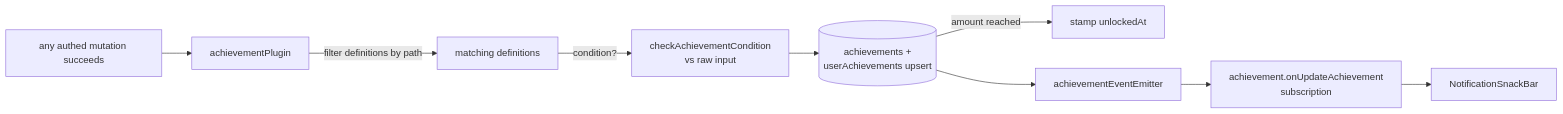
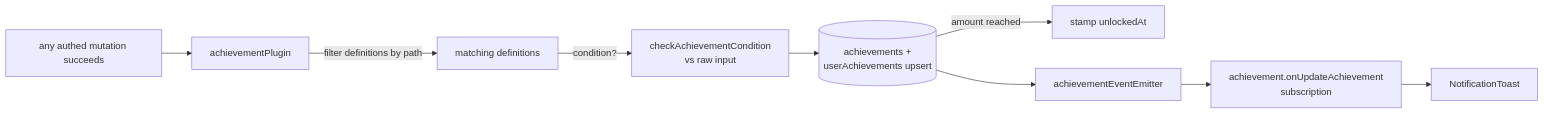
The diagram in apps/web/content/docs/achievement/unlock-pipeline.md (Esposter/Esposter), drawn with Mermaid before and after one commit. The commit also changed other lines of this file and 78 other files, not shown here.

````diff
--- a/apps/web/content/docs/achievement/unlock-pipeline.md
+++ b/apps/web/content/docs/achievement/unlock-pipeline.md
@@ -12,11 +12,11 @@
 ```mermaid
 flowchart LR
   mutation[any authed mutation succeeds] --> plugin[achievementPlugin]
   plugin -->|filter definitions by path| defs[matching definitions]
   defs -->|condition?| check[checkAchievementCondition<br/>vs raw input]
   check --> upsert[(achievements +<br/>userAchievements upsert)]
   upsert -->|amount reached| unlock[stamp unlockedAt]
   upsert --> emit[achievementEventEmitter]
   emit --> sub[achievement.onUpdateAchievement<br/>subscription]
-  sub --> toast[NotificationSnackBar]
+  sub --> toast[NotificationToast]
 ```
````
